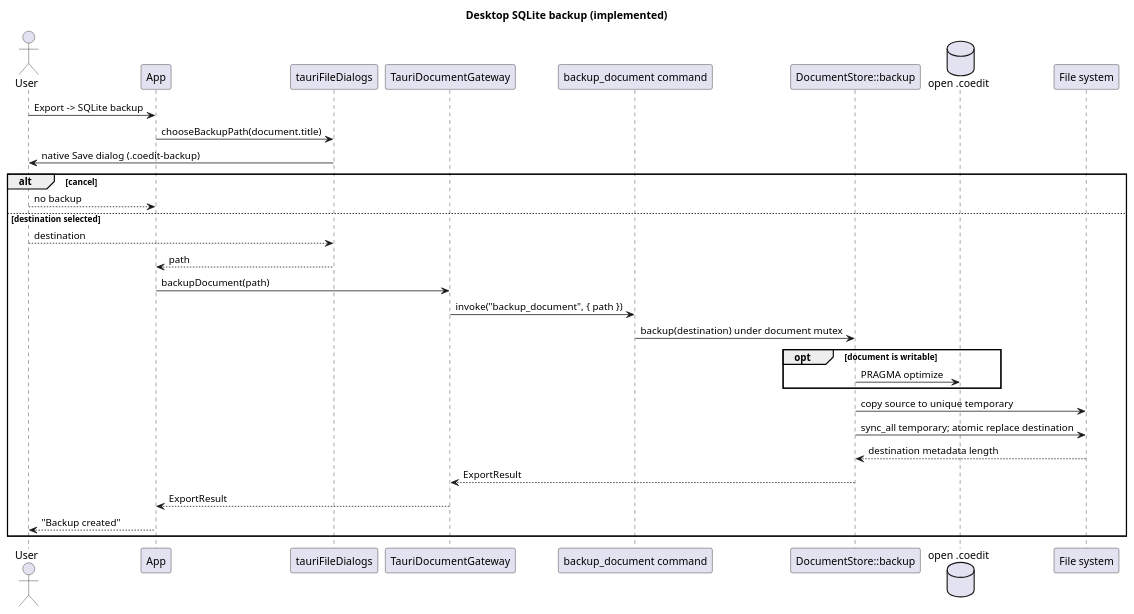
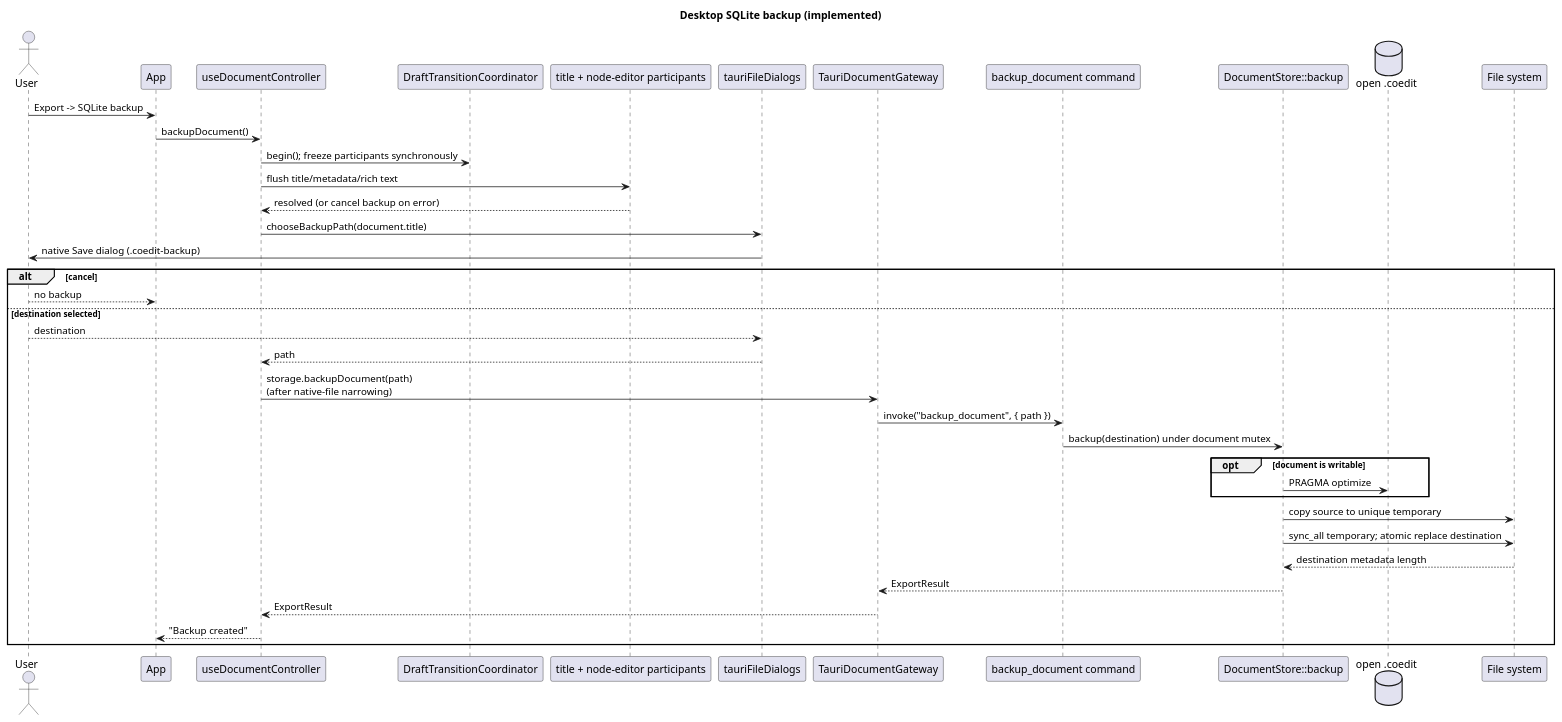
The tenth of 13 diagrams in docs/SEQUENCE_DIAGRAMS.md (benoit-gl/coedit), drawn with PlantUML before and after one commit. The commit also changed other lines of this file and 44 other files, not shown here.

Commit message:
Architectural update (cleanup)

````diff
--- a/docs/SEQUENCE_DIAGRAMS.md
+++ b/docs/SEQUENCE_DIAGRAMS.md
@@ -522,35 +610,42 @@
 ```plantuml
 @startuml
 title Desktop SQLite backup (implemented)
 actor User
 participant "App" as App
+participant "useDocumentController" as Controller
+participant "DraftTransitionCoordinator" as Drafts
+participant "title + node-editor participants" as Participants
 participant "tauriFileDialogs" as Dialogs
 participant "TauriDocumentGateway" as Gateway
 participant "backup_document command" as Command
 participant "DocumentStore::backup" as Store
 database "open .coedit" as Source
 participant "File system" as FS
 
 User -> App : Export -> SQLite backup
-App -> Dialogs : chooseBackupPath(document.title)
+App -> Controller : backupDocument()
+Controller -> Drafts : begin(); freeze participants synchronously
+Controller -> Participants : flush title/metadata/rich text
+Participants --> Controller : resolved (or cancel backup on error)
+Controller -> Dialogs : chooseBackupPath(document.title)
 Dialogs -> User : native Save dialog (.coedit-backup)
 alt cancel
   User --> App : no backup
 else destination selected
   User --> Dialogs : destination
-  Dialogs --> App : path
-  App -> Gateway : backupDocument(path)
+  Dialogs --> Controller : path
+  Controller -> Gateway : storage.backupDocument(path)\n(after native-file narrowing)
   Gateway -> Command : invoke("backup_document", { path })
   Command -> Store : backup(destination) under document mutex
   opt document is writable
     Store -> Source : PRAGMA optimize
   end
   Store -> FS : copy source to unique temporary
   Store -> FS : sync_all temporary; atomic replace destination
   FS --> Store : destination metadata length
   Store --> Gateway : ExportResult
-  Gateway --> App : ExportResult
-  App --> User : "Backup created"
+  Gateway --> Controller : ExportResult
+  Controller --> App : "Backup created"
 end
 @enduml
 ```
````
